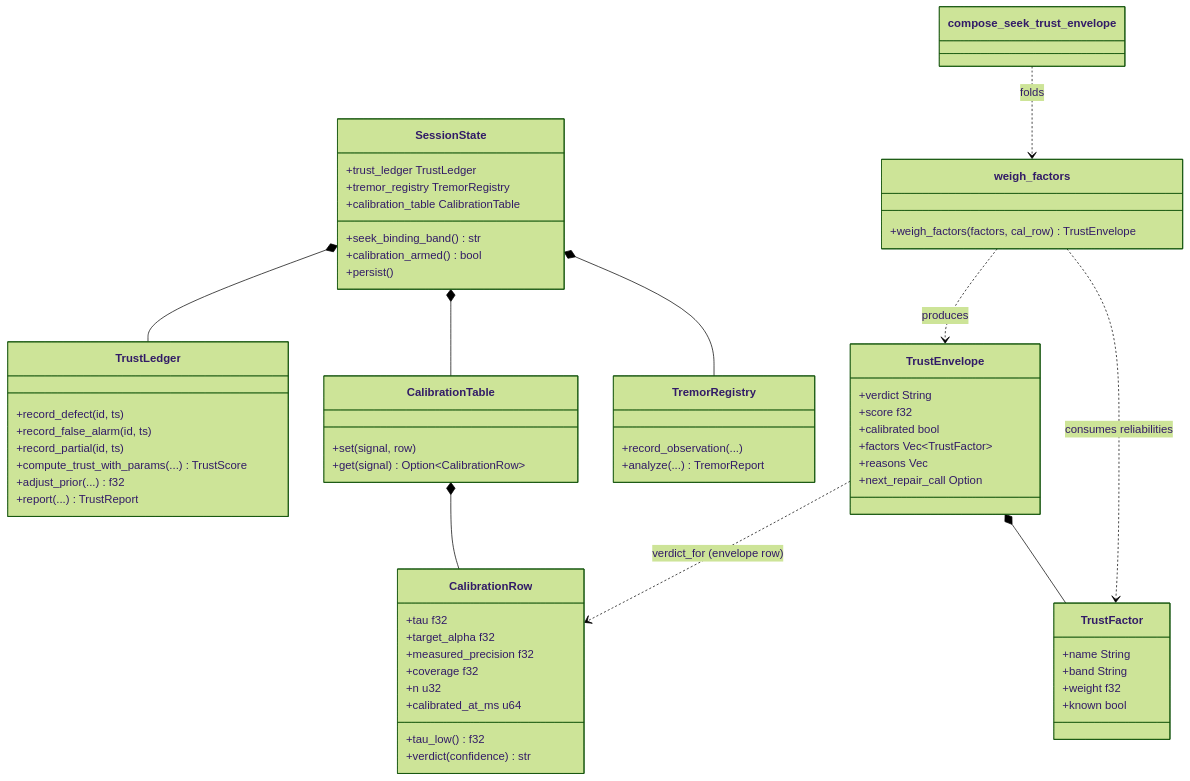
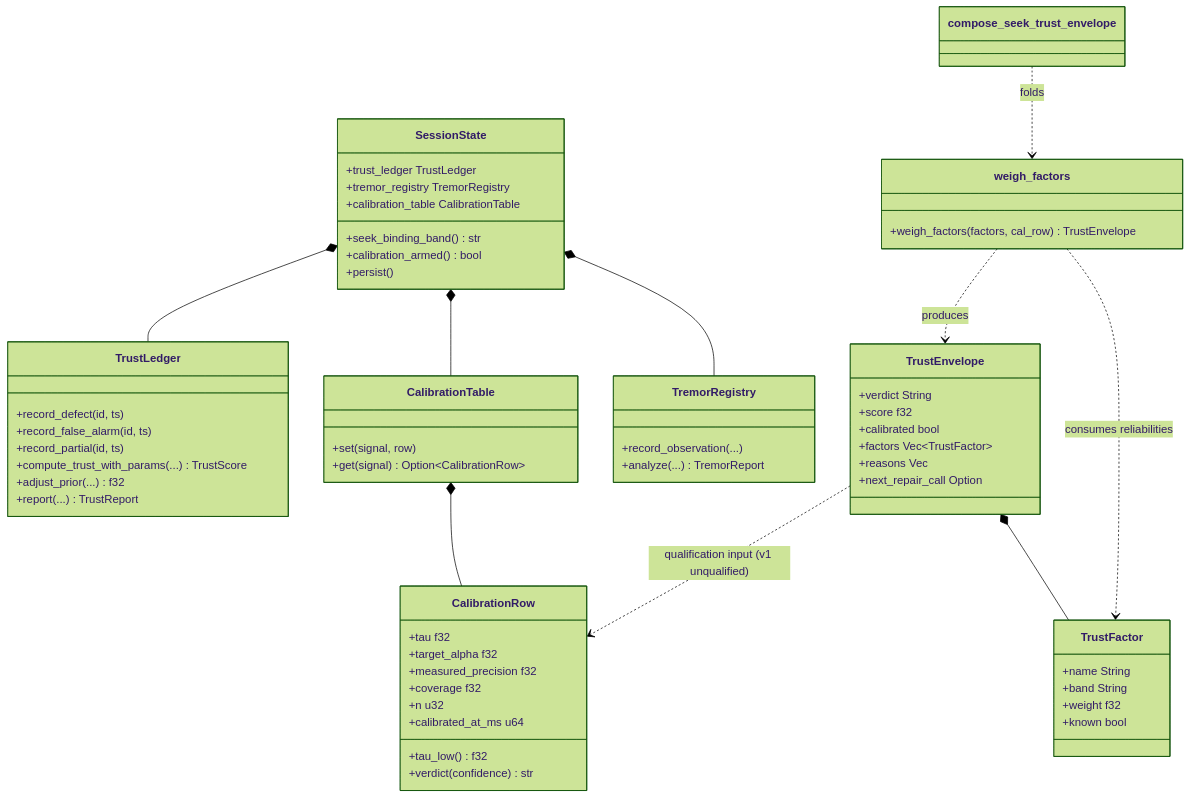
One commit to maxkle1nz/m1nd changed the first of 3 diagrams in docs/uml/trust-calibration.md. Above: the diagram before and after it, drawn with Mermaid (forest theme). The commit also changed other lines of this file and 40 other files, not shown here.

First line of the commit message:
fix: abstain when calibration evidence is unqualified (#577)

````diff
--- a/docs/uml/trust-calibration.md
+++ b/docs/uml/trust-calibration.md
@@ -7,76 +7,76 @@
 ```mermaid
 classDiagram
     class TrustLedger {
         %% trust.rs:179 — per external_id defect actuarial history
         +record_defect(id, ts)
         +record_false_alarm(id, ts)
         +record_partial(id, ts)
         +compute_trust_with_params(...) TrustScore
         +adjust_prior(...) f32
         +report(...) TrustReport
     }
     class CalibrationRow {
-        %% calibration.rs:57 — split-conformal row per signal
+        %% calibration.rs — historical v1 diagnostic row per signal
         +tau f32
         +target_alpha f32
         +measured_precision f32
         +coverage f32
         +n u32
         +calibrated_at_ms u64
         +tau_low() f32
         +verdict(confidence) str
     }
     class CalibrationTable {
         %% calibration.rs:156 — HashMap per signal
         +set(signal, row)
         +get(signal) Option~CalibrationRow~
     }
     class TremorRegistry {
         %% tremor.rs:158 — keyed by stable external_id
         +record_observation(...)
         +analyze(...) TremorReport
     }
     class TrustEnvelope {
         %% protocol/layers.rs:150 — DARK/advisory wire type
         +verdict String
         +score f32
         +calibrated bool
         +factors Vec~TrustFactor~
         +reasons Vec
         +next_repair_call Option
     }
     class TrustFactor {
         %% protocol/layers.rs:175
         +name String
         +band String
         +weight f32
         +known bool
     }
     class SessionState {
         %% session.rs:328 — owns and persists the 3 stores
         +trust_ledger TrustLedger
         +tremor_registry TremorRegistry
         +calibration_table CalibrationTable
         +seek_binding_band() str
         +calibration_armed() bool
         +persist()
     }
 
     SessionState *-- TrustLedger
     SessionState *-- TremorRegistry
     SessionState *-- CalibrationTable
     CalibrationTable *-- CalibrationRow
     TrustEnvelope *-- TrustFactor
-    TrustEnvelope ..> CalibrationRow : verdict_for (envelope row)
+    TrustEnvelope ..> CalibrationRow : qualification input (v1 unqualified)
 
     class weigh_factors {
         %% trust_envelope.rs:112 — pure weighted fold
         +weigh_factors(factors, cal_row) TrustEnvelope
     }
     class compose_seek_trust_envelope {
         %% trust_envelope.rs:263
     }
     compose_seek_trust_envelope ..> weigh_factors : folds
     weigh_factors ..> TrustEnvelope : produces
     weigh_factors ..> TrustFactor : consumes reliabilities
 ```
````
